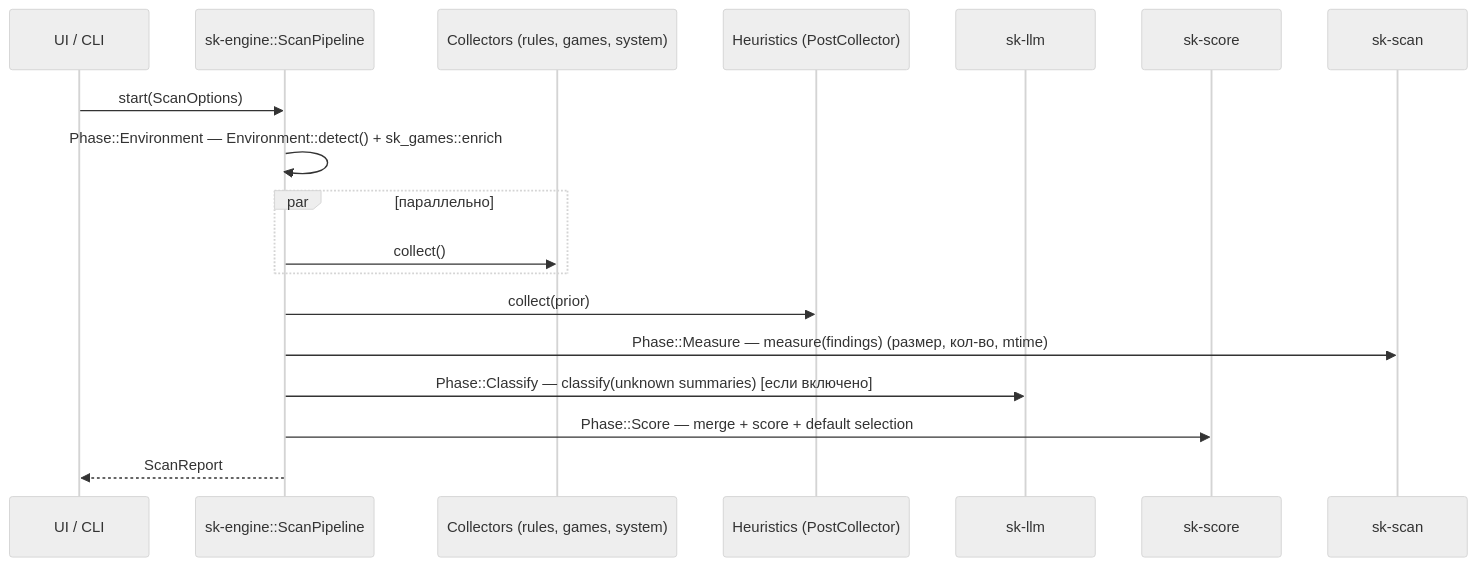
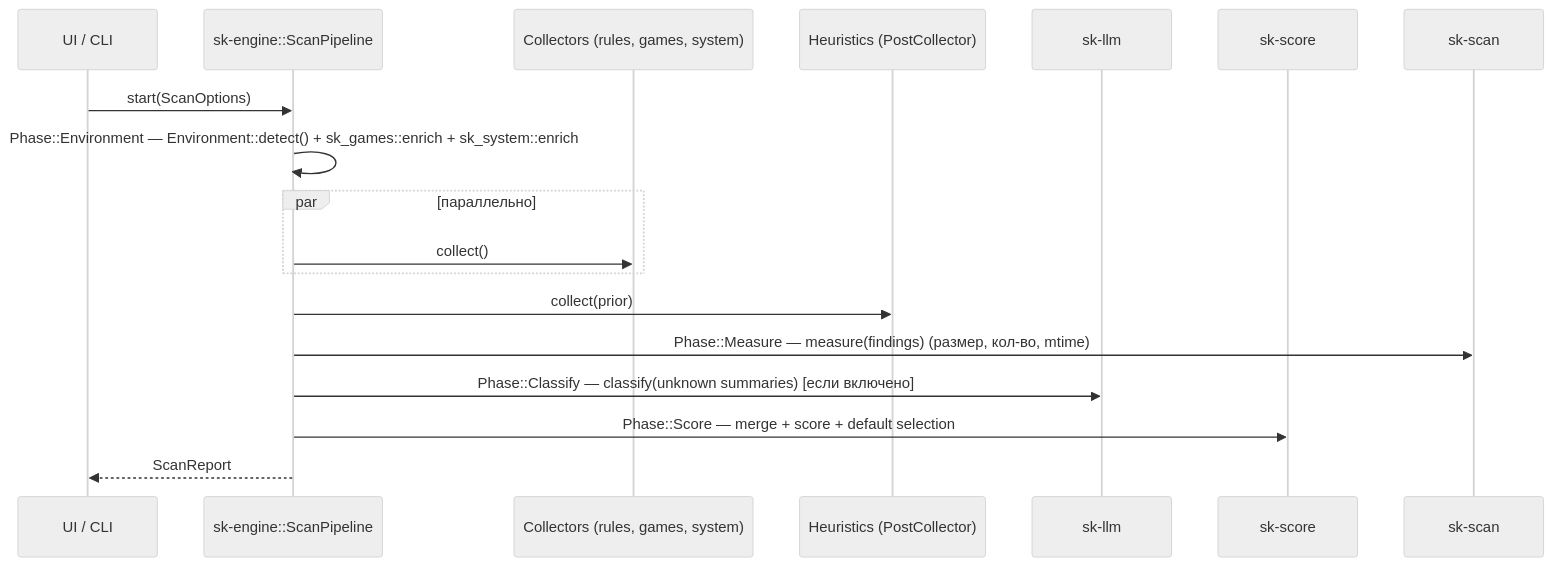
Before and after one commit to leagermaxl/savekeeper: the second of 2 diagrams in specs/01-architecture.md, drawn with Mermaid (neutral theme). The commit also changed other lines of this file and 4 other files, not shown here.

````diff
--- a/specs/01-architecture.md
+++ b/specs/01-architecture.md
@@ -182,20 +182,20 @@
 ```mermaid
 sequenceDiagram
   participant UI as UI / CLI
   participant E as sk-engine::ScanPipeline
   participant C as Collectors (rules, games, system)
   participant H as Heuristics (PostCollector)
   participant L as sk-llm
   participant S as sk-score
   participant FS as sk-scan
   UI->>E: start(ScanOptions)
-  E->>E: Phase::Environment — Environment::detect() + sk_games::enrich
+  E->>E: Phase::Environment — Environment::detect() + sk_games::enrich + sk_system::enrich
   par параллельно
     E->>C: collect()
   end
   E->>H: collect(prior)
   E->>FS: Phase::Measure — measure(findings) (размер, кол-во, mtime)
   E->>L: Phase::Classify — classify(unknown summaries) [если включено]
   E->>S: Phase::Score — merge + score + default selection
   E-->>UI: ScanReport
 ```
````
